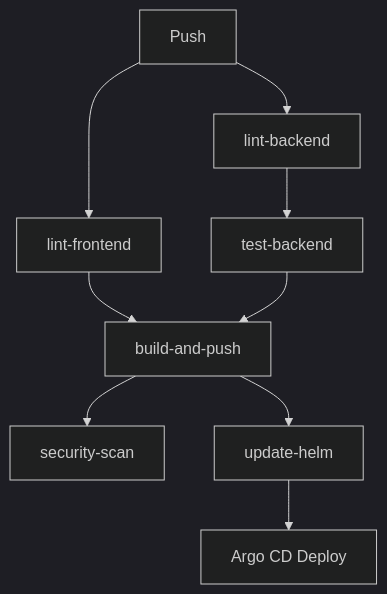
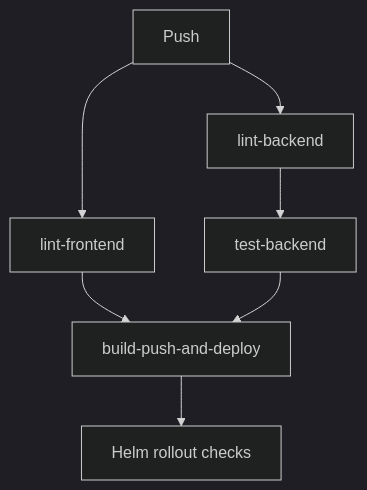
One commit to qwerttt0745/LaptopAI changed the third of 3 diagrams in README.md. Above: the diagram before and after it, drawn with Mermaid (dark theme). The commit also changed other lines of this file and 21 other files, not shown here.

````diff
--- a/README.md
+++ b/README.md
@@ -129,11 +119,9 @@
 ```mermaid
 flowchart TD
        A[Push] --> B[lint-backend]
        A --> C[lint-frontend]
        B --> D[test-backend]
-       C --> E[build-and-push]
+       C --> E[build-push-and-deploy]
        D --> E
-       E --> F[security-scan]
-       E --> G[update-helm]
-       G --> H[Argo CD Deploy]
+       E --> F[Helm rollout checks]
 ```
````
